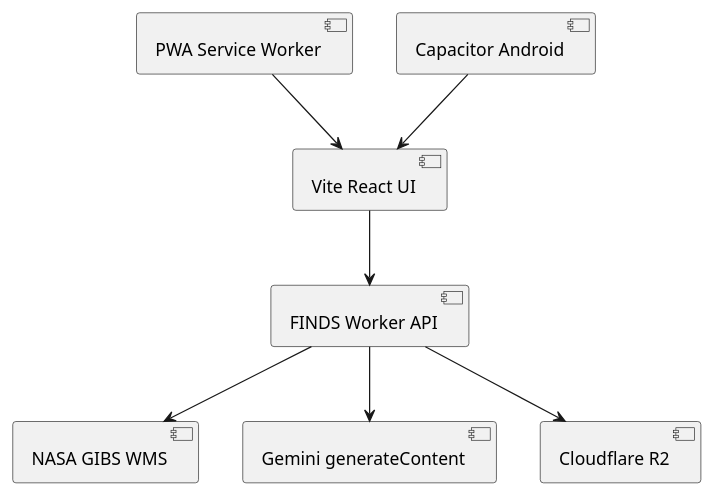
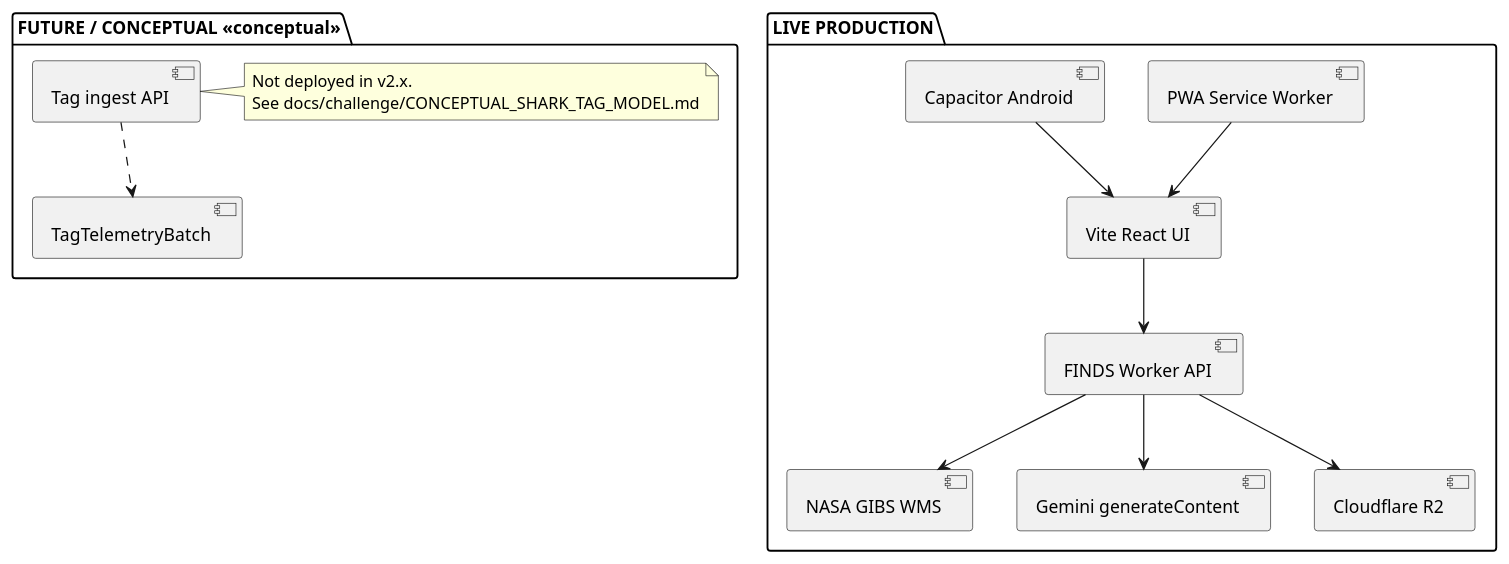
One commit to gunnchOS3k/FINDS-Sharks-From-Space changed the diagram in docs/architecture/uml/02-component.puml. Above: the diagram before and after it, drawn with PlantUML. The commit also changed 18 other files, not shown here.

First line of the commit message:
Align NASA Space Apps claims with production scope and evidence.

```diff
--- a/docs/architecture/uml/02-component.puml
+++ b/docs/architecture/uml/02-component.puml
@@ -1,8 +1,17 @@
 @startuml finds-component
-[Vite React UI] --> [FINDS Worker API]
-[FINDS Worker API] --> [NASA GIBS WMS]
-[FINDS Worker API] --> [Gemini generateContent]
-[FINDS Worker API] --> [Cloudflare R2]
-[PWA Service Worker] --> [Vite React UI]
-[Capacitor Android] --> [Vite React UI]
+package "LIVE PRODUCTION" {
+  [Vite React UI] --> [FINDS Worker API]
+  [FINDS Worker API] --> [NASA GIBS WMS]
+  [FINDS Worker API] --> [Gemini generateContent]
+  [FINDS Worker API] --> [Cloudflare R2]
+  [PWA Service Worker] --> [Vite React UI]
+  [Capacitor Android] --> [Vite React UI]
+}
+package "FUTURE / CONCEPTUAL <<conceptual>>" {
+  [Tag ingest API] ..> [TagTelemetryBatch]
+  note right of [Tag ingest API]
+    Not deployed in v2.x.
+    See docs/challenge/CONCEPTUAL_SHARK_TAG_MODEL.md
+  end note
+}
 @enduml
```
